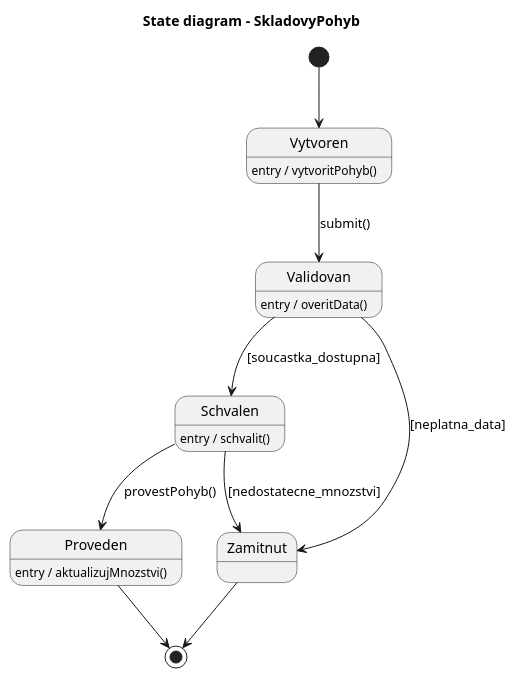
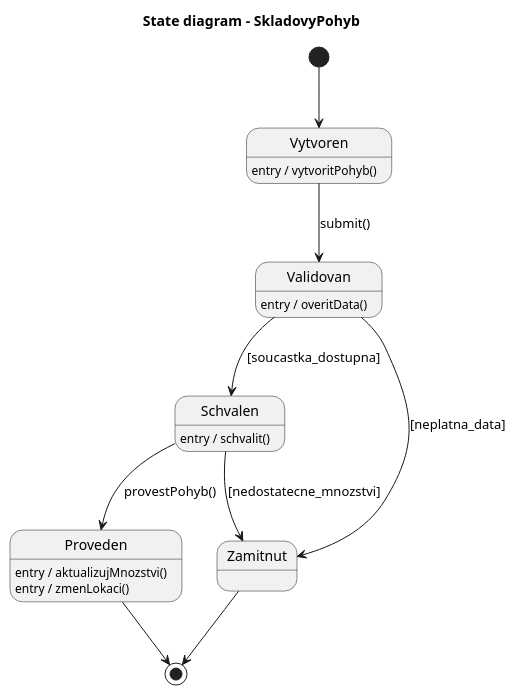
Before and after one commit to lkvapil/wms-elektronicke-soucastky: the diagram in diagrams/09_state_pohyb_skladu.puml, drawn with PlantUML. The commit also changed 6 other files, not shown here.

Commit message:
feat: pridana trida PresunutiPohyb do class diagramu a dokumentace

```diff
--- a/diagrams/09_state_pohyb_skladu.puml
+++ b/diagrams/09_state_pohyb_skladu.puml
@@ -1,22 +1,23 @@
 @startuml
 title State diagram - SkladovyPohyb
 
 [*] --> Vytvoren
 
 Vytvoren : entry / vytvoritPohyb()
 Vytvoren --> Validovan : submit()
 
 Validovan : entry / overitData()
 Validovan --> Schvalen : [soucastka_dostupna]
 Validovan --> Zamitnut : [neplatna_data]
 
 Schvalen : entry / schvalit()
 Schvalen --> Proveden : provestPohyb()
 Schvalen --> Zamitnut : [nedostatecne_mnozstvi]
 
 Proveden : entry / aktualizujMnozstvi()
+Proveden : entry / zmenLokaci()
 
 Proveden --> [*]
 Zamitnut --> [*]
 
 @enduml
```
